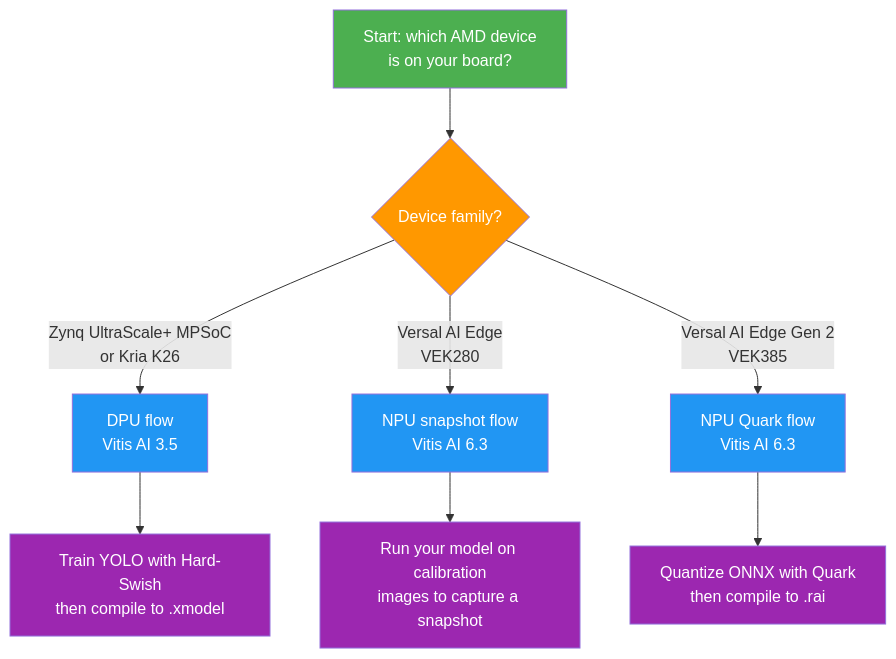
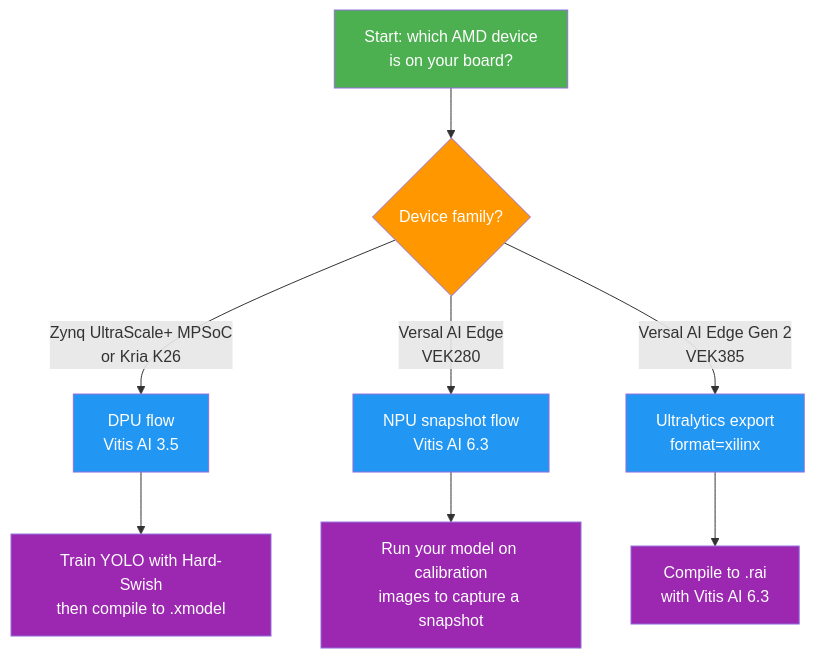
One commit to ultralytics/ultralytics changed the second of 4 diagrams in docs/en/integrations/xilinx.md. Above: the diagram before and after it, drawn with Mermaid. The commit also changed other lines of this file and 27 other files, not shown here.

First line of the commit message:
`ultralytics 8.4.173` Add AMD Xilinx Vitis AI export for Versal AI Edge Gen 2 NPUs

````diff
--- a/docs/en/integrations/xilinx.md
+++ b/docs/en/integrations/xilinx.md
@@ -111,15 +113,15 @@
 ```mermaid
 graph TD
     A[Start: which AMD device<br>is on your board?]:::start --> B{Device family?}:::decide
     B -->|Zynq UltraScale+ MPSoC<br>or Kria K26| C[DPU flow<br>Vitis AI 3.5]:::proc
     B -->|Versal AI Edge<br>VEK280| D[NPU snapshot flow<br>Vitis AI 6.3]:::proc
-    B -->|Versal AI Edge Gen 2<br>VEK385| E[NPU Quark flow<br>Vitis AI 6.3]:::proc
+    B -->|Versal AI Edge Gen 2<br>VEK385| E[Ultralytics export<br>format=xilinx]:::proc
     C --> F[Train YOLO with Hard-Swish<br>then compile to .xmodel]:::out
     D --> G[Run your model on calibration<br>images to capture a snapshot]:::out
-    E --> H[Quantize ONNX with Quark<br>then compile to .rai]:::out
+    E --> H[Compile to .rai<br>with Vitis AI 6.3]:::out
 
     classDef start fill:#4CAF50,color:#fff
     classDef proc fill:#2196F3,color:#fff
     classDef decide fill:#FF9800,color:#fff
     classDef out fill:#9C27B0,color:#fff
 ```
````
